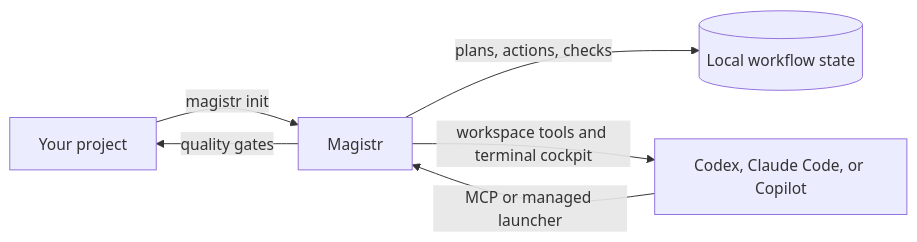
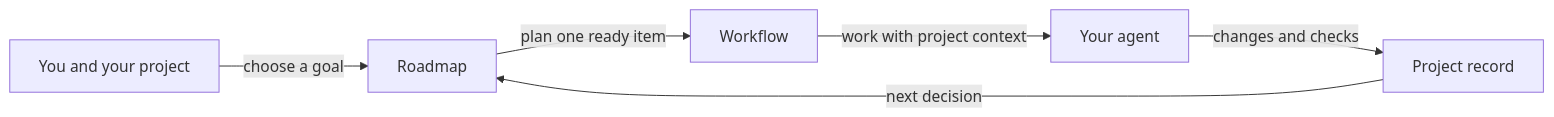
Before and after one commit to AlrikOlson/magistr: the diagram in README.md, drawn with Mermaid. The commit also changed other lines of this file and 1 other file, not shown here.

Commit message:
docs: clarify roadmap workflow release

````diff
--- a/README.md
+++ b/README.md
@@ -10,8 +15,8 @@
 ```mermaid
 flowchart LR
-    P[Your project] -->|magistr init| M[Magistr]
-    A[Codex, Claude Code, or Copilot] -->|MCP or managed launcher| M
-    M -->|plans, actions, checks| S[(Local workflow state)]
-    M -->|workspace tools and terminal cockpit| A
-    M -->|quality gates| P
+    Y[You and your project] -->|choose a goal| R[Roadmap]
+    R -->|plan one ready item| W[Workflow]
+    W -->|work with project context| A[Your agent]
+    A -->|changes and checks| P[Project record]
+    P -->|next decision| R
 ```
````
